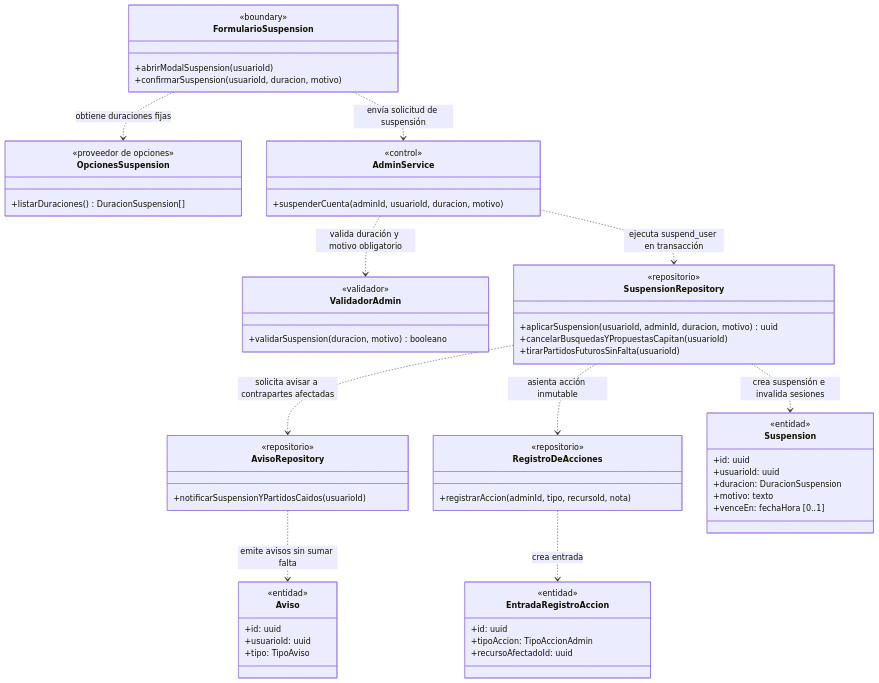
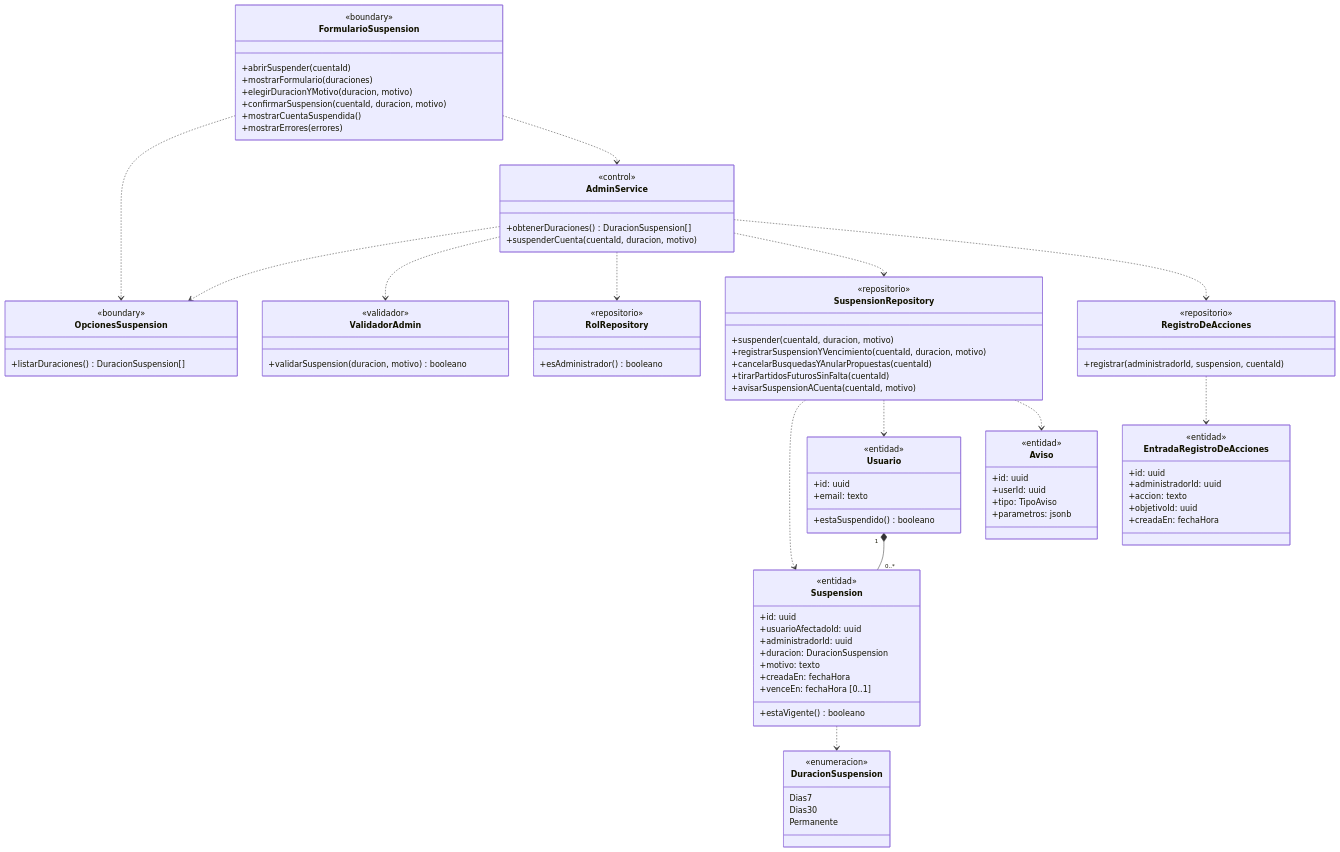
One commit to nicqletal/torneos-scraper changed the sixth of 7 diagrams in docs/diagramas-de-clase/administracion.md. Above: the diagram before and after it, drawn with Mermaid. The commit also changed other lines of this file and 13 other files, not shown here.

````diff
--- a/docs/diagramas-de-clase/administracion.md
+++ b/docs/diagramas-de-clase/administracion.md
@@ -422,64 +486,92 @@
 ```mermaid
 classDiagram
-direction TB
 class FormularioSuspension {
   <<boundary>>
-  +abrirModalSuspension(usuarioId)
-  +confirmarSuspension(usuarioId, duracion, motivo)
+  +abrirSuspender(cuentaId)
+  +mostrarFormulario(duraciones)
+  +elegirDuracionYMotivo(duracion, motivo)
+  +confirmarSuspension(cuentaId, duracion, motivo)
+  +mostrarCuentaSuspendida()
+  +mostrarErrores(errores)
 }
 class OpcionesSuspension {
-  <<proveedor de opciones>>
+  <<boundary>>
   +listarDuraciones() DuracionSuspension[]
 }
 class AdminService {
   <<control>>
-  +suspenderCuenta(adminId, usuarioId, duracion, motivo)
+  +obtenerDuraciones() DuracionSuspension[]
+  +suspenderCuenta(cuentaId, duracion, motivo)
 }
 class ValidadorAdmin {
   <<validador>>
   +validarSuspension(duracion, motivo) booleano
 }
+class RolRepository {
+  <<repositorio>>
+  +esAdministrador() booleano
+}
 class SuspensionRepository {
   <<repositorio>>
-  +aplicarSuspension(usuarioId, adminId, duracion, motivo) uuid
-  +cancelarBusquedasYPropuestasCapitan(usuarioId)
-  +tirarPartidosFuturosSinFalta(usuarioId)
-}
-class AvisoRepository {
-  <<repositorio>>
-  +notificarSuspensionYPartidosCaidos(usuarioId)
+  +suspender(cuentaId, duracion, motivo)
+  +registrarSuspensionYVencimiento(cuentaId, duracion, motivo)
+  +cancelarBusquedasYAnularPropuestas(cuentaId)
+  +tirarPartidosFuturosSinFalta(cuentaId)
+  +avisarSuspensionACuenta(cuentaId, motivo)
 }
 class RegistroDeAcciones {
   <<repositorio>>
-  +registrarAccion(adminId, tipo, recursoId, nota)
+  +registrar(administradorId, suspension, cuentaId)
 }
 class Suspension {
   <<entidad>>
   +id: uuid
-  +usuarioId: uuid
+  +usuarioAfectadoId: uuid
+  +administradorId: uuid
   +duracion: DuracionSuspension
   +motivo: texto
+  +creadaEn: fechaHora
   +venceEn: fechaHora [0..1]
+  +estaVigente() booleano
 }
-class EntradaRegistroAccion {
+class Usuario {
   <<entidad>>
   +id: uuid
-  +tipoAccion: TipoAccionAdmin
-  +recursoAfectadoId: uuid
+  +email: texto
+  +estaSuspendido() booleano
+}
+class EntradaRegistroDeAcciones {
+  <<entidad>>
+  +id: uuid
+  +administradorId: uuid
+  +accion: texto
+  +objetivoId: uuid
+  +creadaEn: fechaHora
 }
 class Aviso {
   <<entidad>>
   +id: uuid
-  +usuarioId: uuid
+  +userId: uuid
   +tipo: TipoAviso
+  +parametros: jsonb
 }
-FormularioSuspension ..> OpcionesSuspension : obtiene duraciones fijas
-FormularioSuspension ..> AdminService : envía solicitud de suspensión
-AdminService ..> ValidadorAdmin : valida duración y motivo obligatorio
-AdminService ..> SuspensionRepository : ejecuta suspend_user en transacción
-SuspensionRepository ..> AvisoRepository : solicita avisar a contrapartes afectadas
-SuspensionRepository ..> RegistroDeAcciones : asienta acción inmutable
-SuspensionRepository ..> Suspension : crea suspensión e invalida sesiones
-RegistroDeAcciones ..> EntradaRegistroAccion : crea entrada
-AvisoRepository ..> Aviso : emite avisos sin sumar falta
+class DuracionSuspension {
+  <<enumeracion>>
+  Dias7
+  Dias30
+  Permanente
+}
+FormularioSuspension ..> OpcionesSuspension
+FormularioSuspension ..> AdminService
+AdminService ..> OpcionesSuspension
+AdminService ..> ValidadorAdmin
+AdminService ..> RolRepository
+AdminService ..> SuspensionRepository
+AdminService ..> RegistroDeAcciones
+SuspensionRepository ..> Suspension
+SuspensionRepository ..> Usuario
+SuspensionRepository ..> Aviso
+RegistroDeAcciones ..> EntradaRegistroDeAcciones
+Usuario "1" *-- "0..*" Suspension
+Suspension ..> DuracionSuspension
 ```
````
